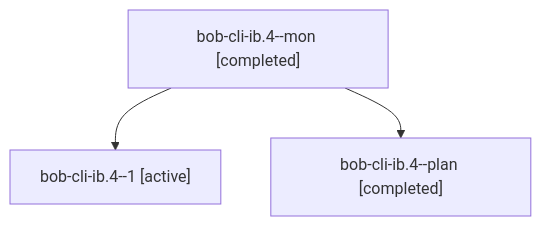
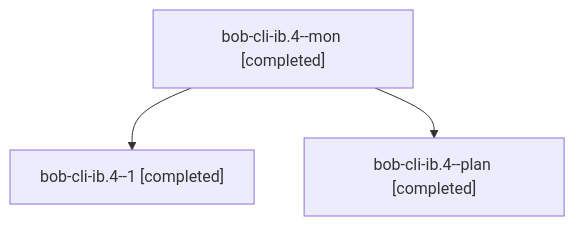
The diagram in sessions/bbugyi200.athena.bob-cli-ib.4.md (bobs-org/bob-cli--agents), drawn with Mermaid before and after one commit. The commit also changed other lines of this file and 38 other files, not shown here.

````diff
--- a/sessions/bbugyi200.athena.bob-cli-ib.4.md
+++ b/sessions/bbugyi200.athena.bob-cli-ib.4.md
@@ -9,8 +9,8 @@
 ```mermaid
 flowchart TD
   n0["bob-cli-ib.4--mon [completed]"]
-  n1["bob-cli-ib.4--1 [active]"]
+  n1["bob-cli-ib.4--1 [completed]"]
   n0 --> n1
   n2["bob-cli-ib.4--plan [completed]"]
   n0 --> n2
 ```
````
